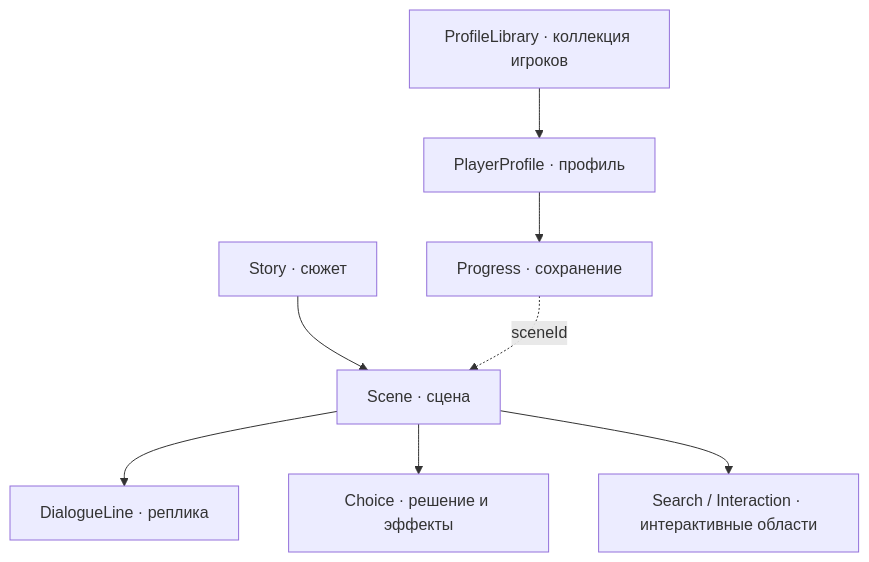
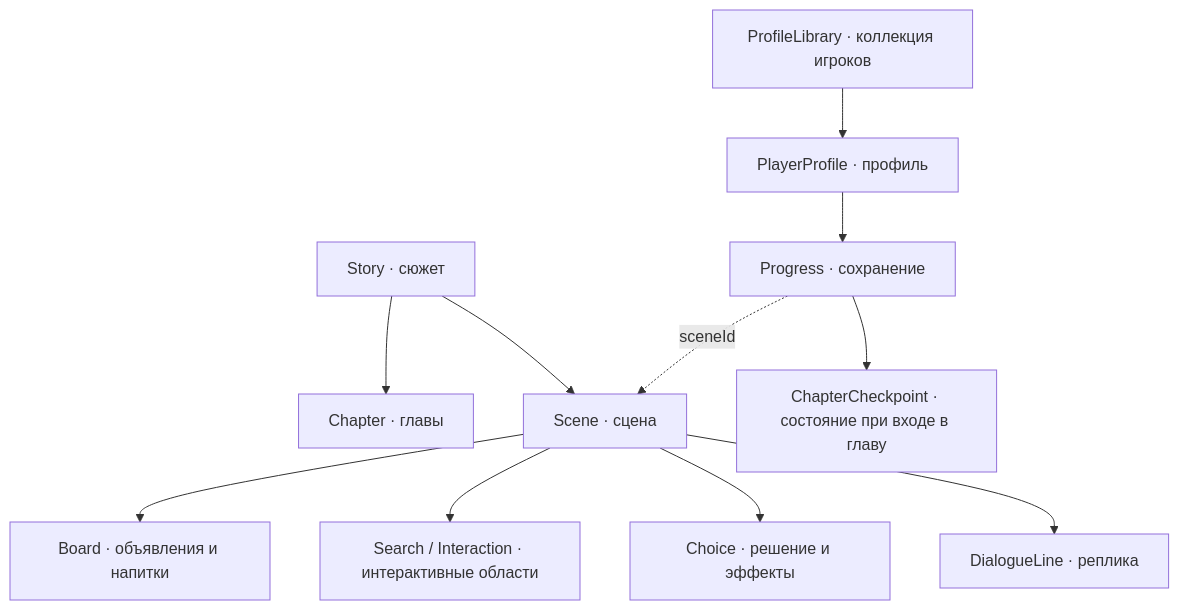
The diagram in README.md (ArishkaWolf/Capybara-knight), drawn with Mermaid before and after one commit. The commit also changed other lines of this file and 19 other files, not shown here.

````diff
--- a/README.md
+++ b/README.md
@@ -95,10 +101,13 @@
 ```mermaid
 flowchart TB
     Story["Story · сюжет"] --> Scene["Scene · сцена"]
     Scene --> Dialogue["DialogueLine · реплика"]
     Scene --> Choice["Choice · решение и эффекты"]
     Scene --> Interactive["Search / Interaction · интерактивные области"]
+    Scene --> Board["Board · объявления и напитки"]
+    Story --> Chapter["Chapter · главы"]
     Library["ProfileLibrary · коллекция игроков"] --> Player["PlayerProfile · профиль"]
     Player --> Progress["Progress · сохранение"]
+    Progress --> Checkpoint["ChapterCheckpoint · состояние при входе в главу"]
     Progress -.->|sceneId| Scene
 ```
````
